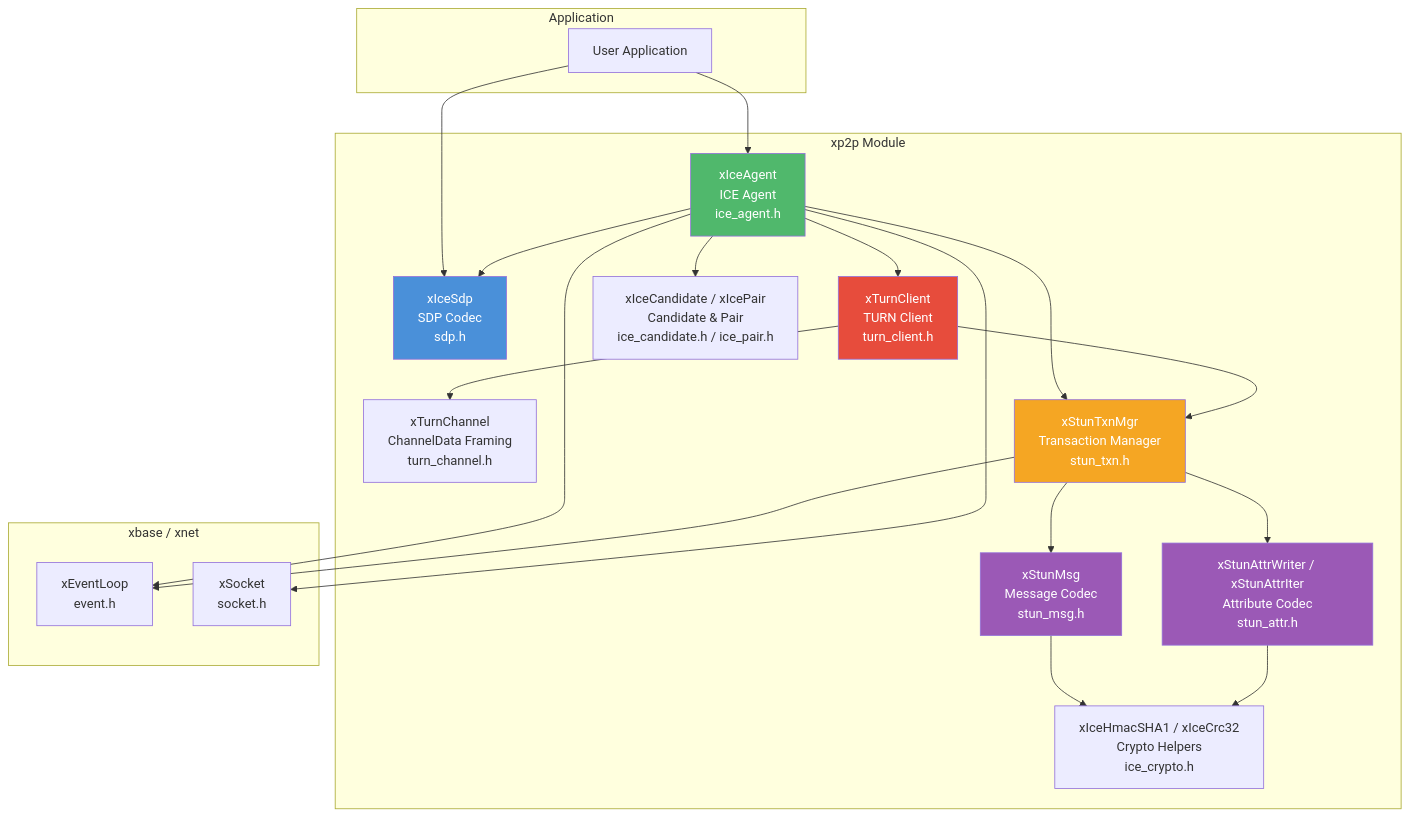
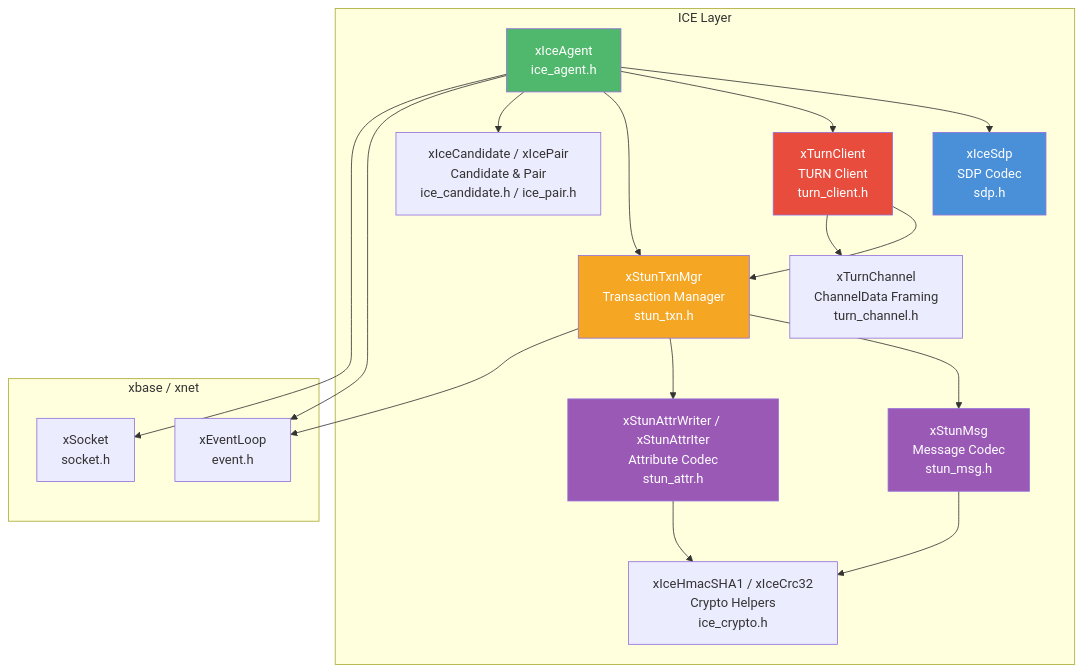
Before and after one commit to mivinci/DownloadKit: the second of 2 diagrams in docs/modules/xp2p/README.md, drawn with Mermaid. The commit also changed other lines of this file, not shown here.

````diff
--- a/docs/modules/xp2p/README.md
+++ b/docs/modules/xp2p/README.md
@@ -19,46 +75,40 @@
 ```mermaid
 graph TD
-    subgraph "Application"
-        APP["User Application"]
-    end
-
-    subgraph "xp2p Module"
-        ICE["xIceAgent<br/>ICE Agent<br/>ice_agent.h"]
+    subgraph "ICE Layer"
+        ICE["xIceAgent<br/>ice_agent.h"]
         SDP["xIceSdp<br/>SDP Codec<br/>sdp.h"]
         TURN["xTurnClient<br/>TURN Client<br/>turn_client.h"]
         CHAN["xTurnChannel<br/>ChannelData Framing<br/>turn_channel.h"]
         TXN["xStunTxnMgr<br/>Transaction Manager<br/>stun_txn.h"]
         MSG["xStunMsg<br/>Message Codec<br/>stun_msg.h"]
         ATTR["xStunAttrWriter / xStunAttrIter<br/>Attribute Codec<br/>stun_attr.h"]
         CAND["xIceCandidate / xIcePair<br/>Candidate & Pair<br/>ice_candidate.h / ice_pair.h"]
         CRYPTO["xIceHmacSHA1 / xIceCrc32<br/>Crypto Helpers<br/>ice_crypto.h"]
     end
 
     subgraph "xbase / xnet"
         EV["xEventLoop<br/>event.h"]
         SOCK["xSocket<br/>socket.h"]
     end
 
-    APP --> ICE
-    APP --> SDP
     ICE --> SDP
     ICE --> TURN
     ICE --> TXN
     ICE --> CAND
     TURN --> TXN
     TURN --> CHAN
     TXN --> MSG
     TXN --> ATTR
     MSG --> CRYPTO
     ATTR --> CRYPTO
     ICE --> EV
     ICE --> SOCK
     TXN --> EV
 
     style ICE fill:#50b86c,color:#fff
     style SDP fill:#4a90d9,color:#fff
     style TURN fill:#e74c3c,color:#fff
     style TXN fill:#f5a623,color:#fff
     style MSG fill:#9b59b6,color:#fff
     style ATTR fill:#9b59b6,color:#fff
 ```
````
